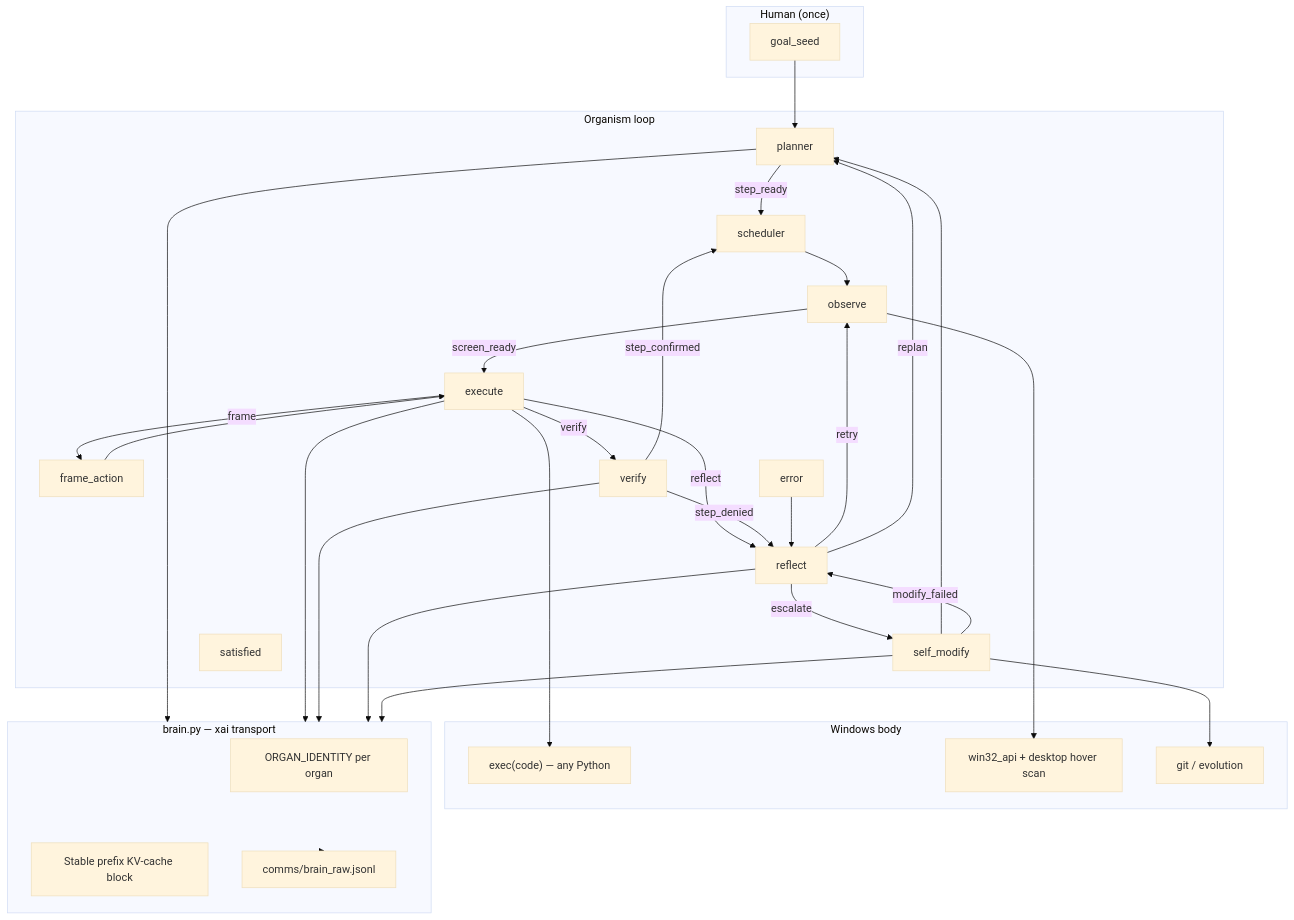
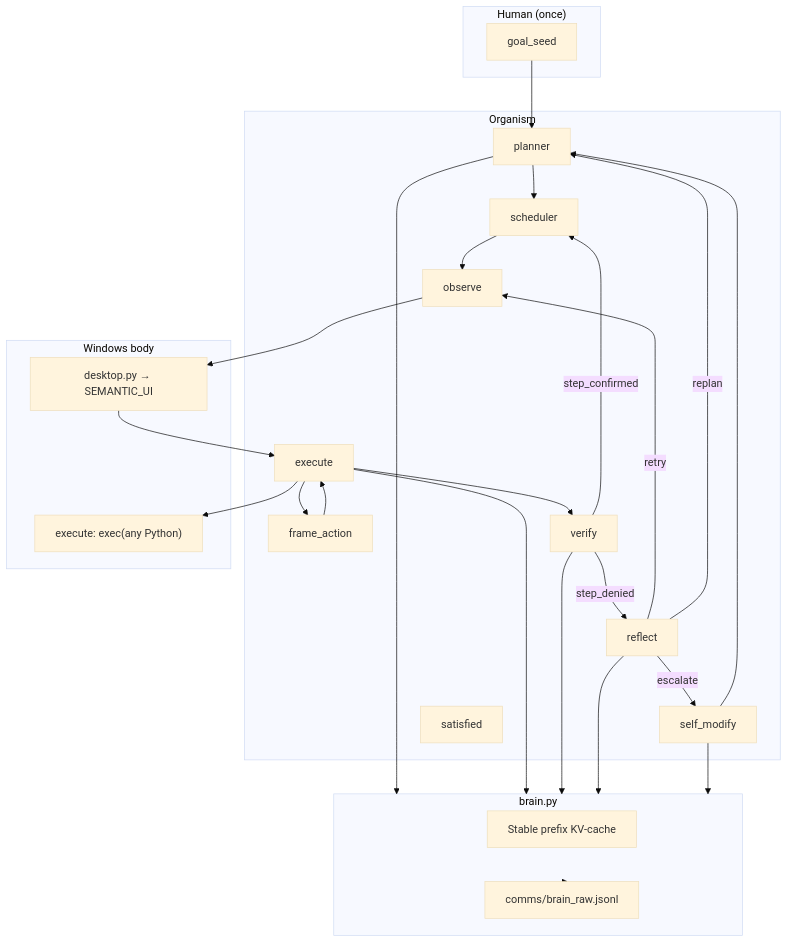
The first of 2 diagrams in README.md (wgabrys88/endgame-ai), drawn with Mermaid (base theme) before and after one commit. The commit also changed other lines of this file, not shown here.

````diff
--- a/README.md
+++ b/README.md
@@ -26,50 +24,42 @@
 ```mermaid
 flowchart TB
-  subgraph human["Human (once)"]
+  subgraph once["Human (once)"]
     G[goal_seed]
   end
 
-  subgraph organism["Organism loop"]
+  subgraph loop["Organism"]
     P[planner]
     SCH[scheduler]
     OBS[observe]
     EX[execute]
     FA[frame_action]
     VF[verify]
     RF[reflect]
     SM[self_modify]
     SAT[satisfied]
-    ERR[error]
   end
 
   subgraph body["Windows body"]
-    PY["exec(code) — any Python"]
-    WIN[win32_api + desktop hover scan]
-    GIT[git / evolution]
+    SEM[desktop.py → SEMANTIC_UI]
+    PY["execute: exec(any Python)"]
   end
 
-  subgraph brain["brain.py — xai transport"]
-    ID[ORGAN_IDENTITY per organ]
-    SP[Stable prefix KV-cache block]
+  subgraph brain["brain.py"]
+    SP[Stable prefix KV-cache]
     RAW[comms/brain_raw.jsonl]
   end
 
   G --> P
-  P -->|step_ready| SCH --> OBS
-  OBS -->|screen_ready| EX
-  EX -->|verify| VF
-  EX -->|frame| FA --> EX
-  EX -->|reflect| RF
+  P --> SCH --> OBS
+  OBS --> SEM --> EX
+  EX --> VF
+  EX --> FA --> EX
   VF -->|step_confirmed| SCH
   VF -->|step_denied| RF
   RF -->|retry| OBS
   RF -->|replan| P
   RF -->|escalate| SM --> P
-  SM -->|modify_failed| RF
-  ERR --> RF
-  EX --> PY
-  OBS --> WIN
-  SM --> GIT
   P & EX & VF & RF & SM --> brain
   brain --> RAW
+  EX --> PY
 ```
````
